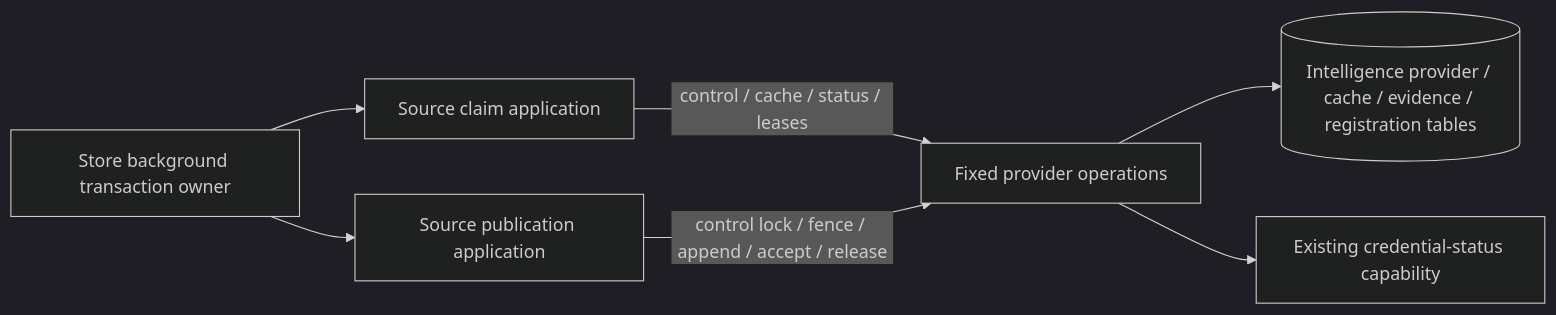
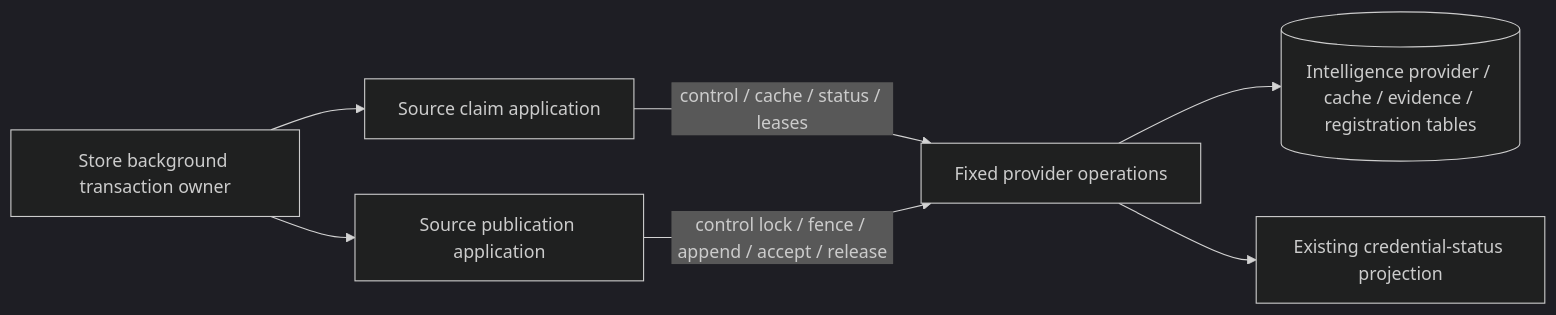
Before and after one commit to aaweaver-actuary/tempo: the third of 4 diagrams in services/intelligence/README.md, drawn with Mermaid (dark theme). The commit also changed other lines of this file and 9 other files, not shown here.

````diff
--- a/services/intelligence/README.md
+++ b/services/intelligence/README.md
@@ -139,9 +140,9 @@
 ```mermaid
 flowchart LR
   store[Store background transaction owner] --> claim[Source claim application]
   store --> publish[Source publication application]
   claim -->|control / cache / status / leases| fixed[Fixed provider operations]
   publish -->|control lock / fence / append / accept / release| fixed
   fixed --> tables[(Intelligence provider / cache / evidence / registration tables)]
-  fixed --> facts[Existing credential-status capability]
+  fixed --> facts[Existing credential-status projection]
 ```
````
